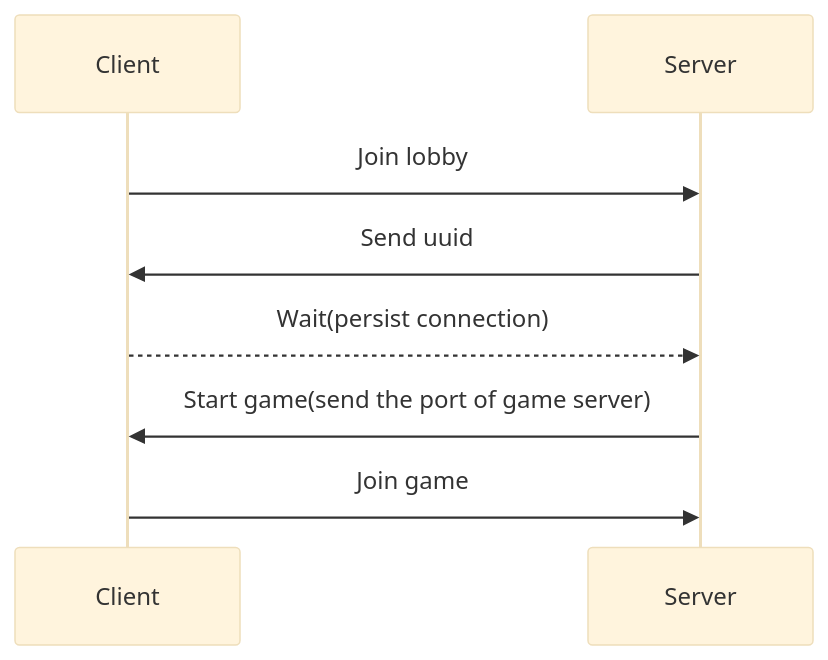
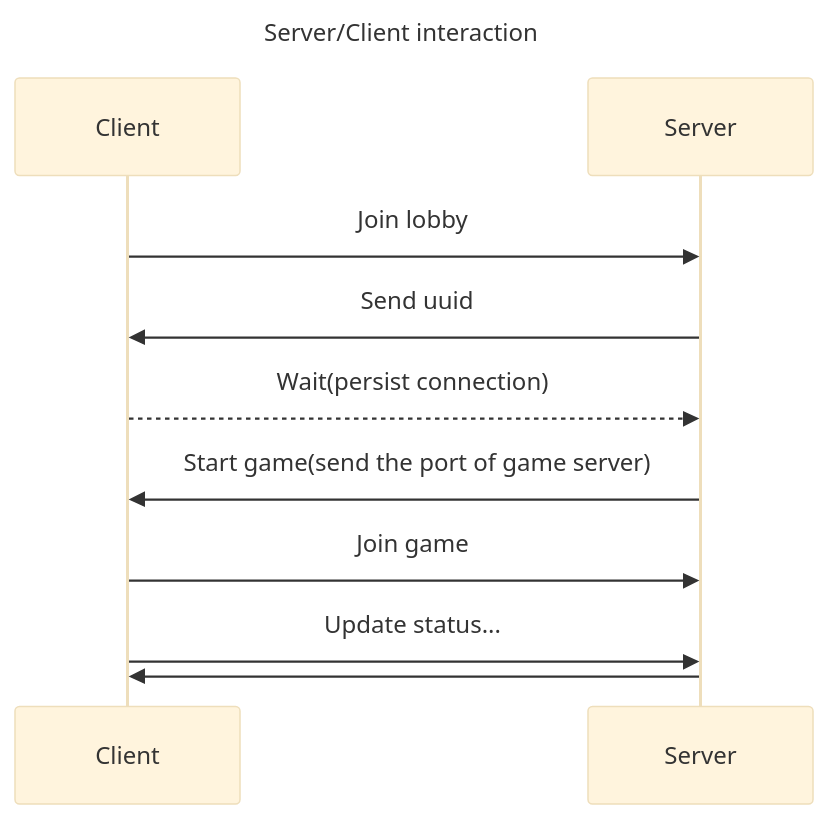
One commit to jiawpipi1/aoop-group6-boomerang changed the third of 3 diagrams in README.md. Above: the diagram before and after it, drawn with Mermaid (base theme). The commit also changed other lines of this file and 3 other files, not shown here.

````diff
--- a/README.md
+++ b/README.md
@@ -119,8 +130,13 @@
 ```mermaid
+---
+title: Server/Client interaction
+---
 sequenceDiagram
     Client->>Server: Join lobby
     Server->>Client: Send uuid
     Client-->>Server: Wait(persist connection)
     Server->>Client: Start game(send the port of game server)
     Client->>Server: Join game
+    Client->>Server: Update status...
+    Server->>Client: 
 ```
````
